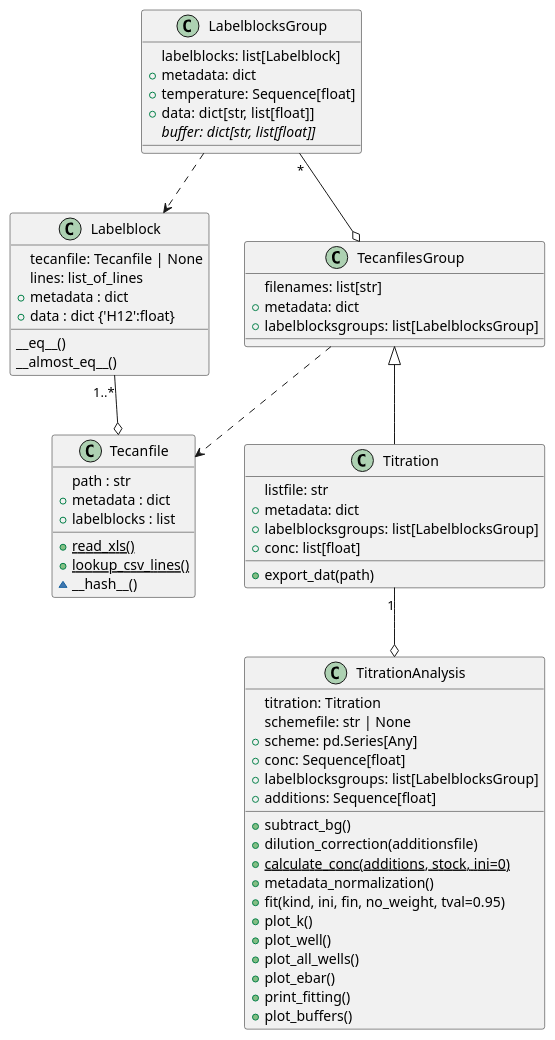
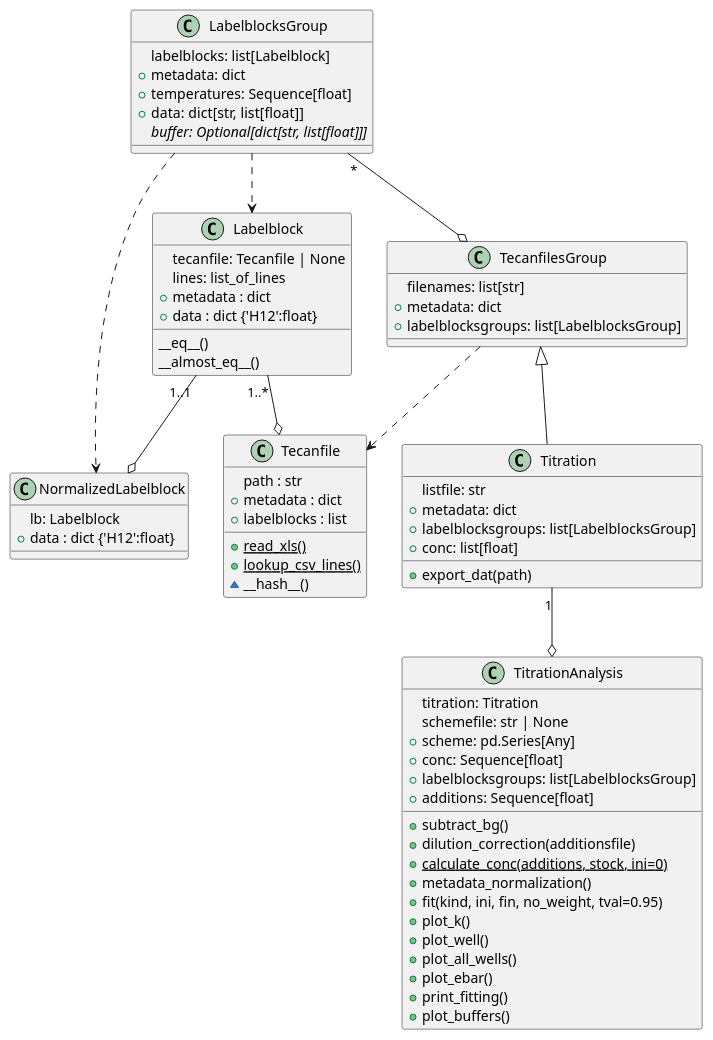
Before and after one commit to darosio/ClopHfit: the second of 2 diagrams in docs/api/api.rst, drawn with PlantUML. The commit also changed other lines of this file and 17 other files, not shown here.

```diff
--- a/docs/api/api.rst
+++ b/docs/api/api.rst
@@ -67,70 +73,77 @@
 .. uml::
 
    Labelblock "1..*" --o Tecanfile
+   Labelblock "1..1" --o NormalizedLabelblock
 
    class Labelblock{
      tecanfile: Tecanfile | None
      lines: list_of_lines
      +metadata : dict
      +data : dict {'H12':float}
 	 __eq__()
      __almost_eq__()
-    }
+   }
 
-	class Tecanfile{
-	  path : str
-	  +metadata : dict
-	  +labelblocks : list
-	  {static} +read_xls()
-	  {static} +lookup_csv_lines()
-	  ~__hash__()
-    }
+   class NormalizedLabelblock{
+     lb: Labelblock
+     +data : dict {'H12':float}
+   }
 
-	LabelblocksGroup ..> Labelblock
-    TecanfilesGroup ..> Tecanfile
+   class Tecanfile{
+     path : str
+	 +metadata : dict
+	 +labelblocks : list
+	 {static} +read_xls()
+	 {static} +lookup_csv_lines()
+	 ~__hash__()
+   }
 
-	LabelblocksGroup "*" --o TecanfilesGroup
-    TecanfilesGroup <|-- Titration
-    Titration "1" --o TitrationAnalysis
+   LabelblocksGroup ..> Labelblock
+   LabelblocksGroup ..> NormalizedLabelblock
+   TecanfilesGroup ..> Tecanfile
 
-	class LabelblocksGroup{
-	  labelblocks: list[Labelblock]
-	  +metadata: dict
-	  +temperature: Sequence[float]
-	  +data: dict[str, list[float]]
-	  {abstract} buffer: dict[str, list[float]]
-    }
+   LabelblocksGroup "*" --o TecanfilesGroup
+   TecanfilesGroup <|-- Titration
+   Titration "1" --o TitrationAnalysis
 
-	class TecanfilesGroup{
-      filenames: list[str]
-	  +metadata: dict
-	  +labelblocksgroups: list[LabelblocksGroup]
-    }
+   class LabelblocksGroup{
+     labelblocks: list[Labelblock]
+	 +metadata: dict
+	 +temperatures: Sequence[float]
+	 +data: dict[str, list[float]]
+	 {abstract} buffer: Optional[dict[str, list[float]]]
+   }
 
-	class Titration{
-	  listfile: str
-	  +metadata: dict
-	  +labelblocksgroups: list[LabelblocksGroup]
-	  +conc: list[float]
-	  +export_dat(path)
-    }
+   class TecanfilesGroup{
+     filenames: list[str]
+	 +metadata: dict
+	 +labelblocksgroups: list[LabelblocksGroup]
+   }
 
-	class TitrationAnalysis{
-	  titration: Titration
-	  schemefile: str | None
-	  +scheme: pd.Series[Any]
-	  +conc: Sequence[float]
-	  +labelblocksgroups: list[LabelblocksGroup]
-	  +additions: Sequence[float]
-	  +subtract_bg()
-	  +dilution_correction(additionsfile)
-	  {static} +calculate_conc(additions, stock, ini=0)
-	  +metadata_normalization()
-	  +fit(kind, ini, fin, no_weight, tval=0.95)
-	  +plot_k()
-	  +plot_well()
-	  +plot_all_wells()
-	  +plot_ebar()
-	  +print_fitting()
-	  +plot_buffers()
-	}
+   class Titration{
+     listfile: str
+	 +metadata: dict
+	 +labelblocksgroups: list[LabelblocksGroup]
+	 +conc: list[float]
+	 +export_dat(path)
+   }
+
+   class TitrationAnalysis{
+     titration: Titration
+	 schemefile: str | None
+	 +scheme: pd.Series[Any]
+	 +conc: Sequence[float]
+	 +labelblocksgroups: list[LabelblocksGroup]
+	 +additions: Sequence[float]
+	 +subtract_bg()
+	 +dilution_correction(additionsfile)
+	 {static} +calculate_conc(additions, stock, ini=0)
+	 +metadata_normalization()
+	 +fit(kind, ini, fin, no_weight, tval=0.95)
+	 +plot_k()
+	 +plot_well()
+	 +plot_all_wells()
+	 +plot_ebar()
+	 +print_fitting()
+	 +plot_buffers()
+   }
```
